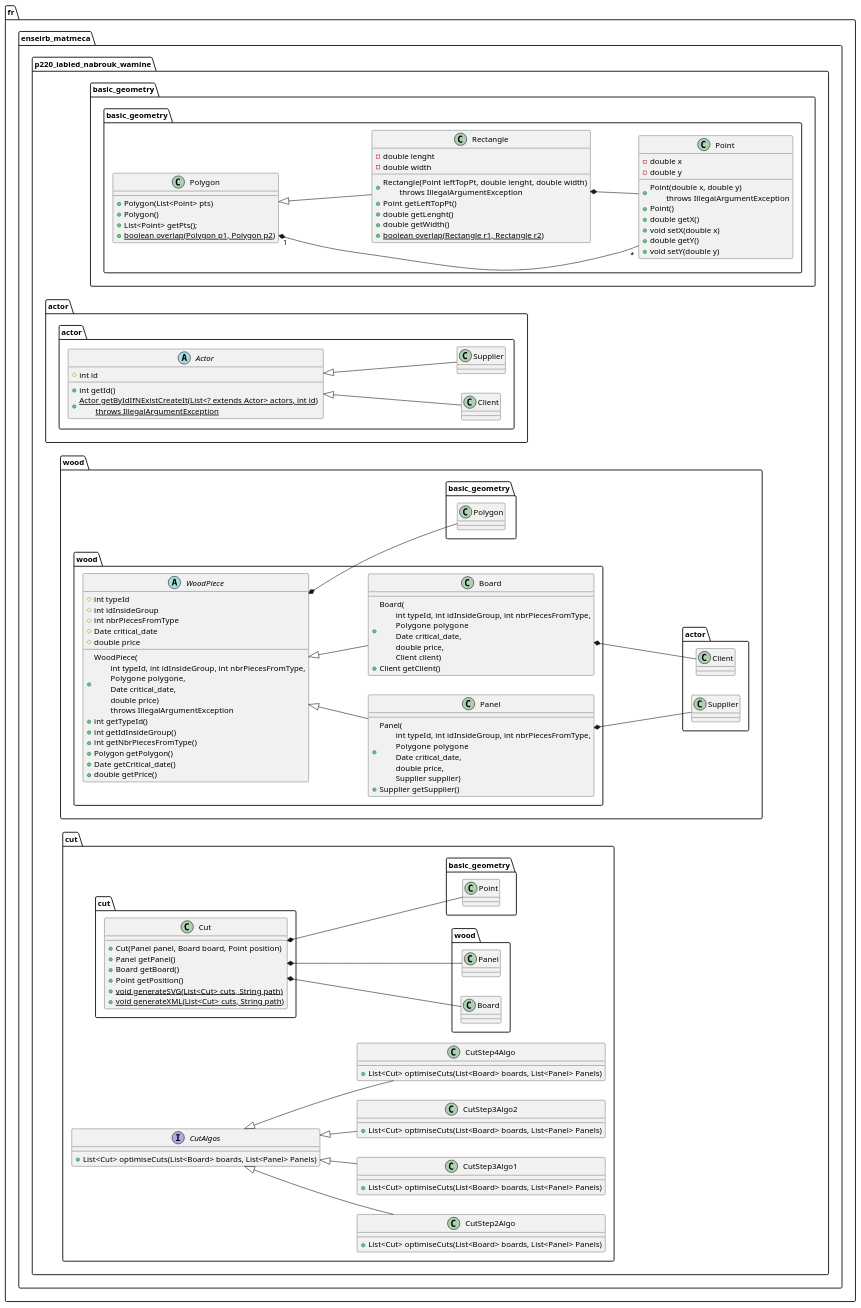
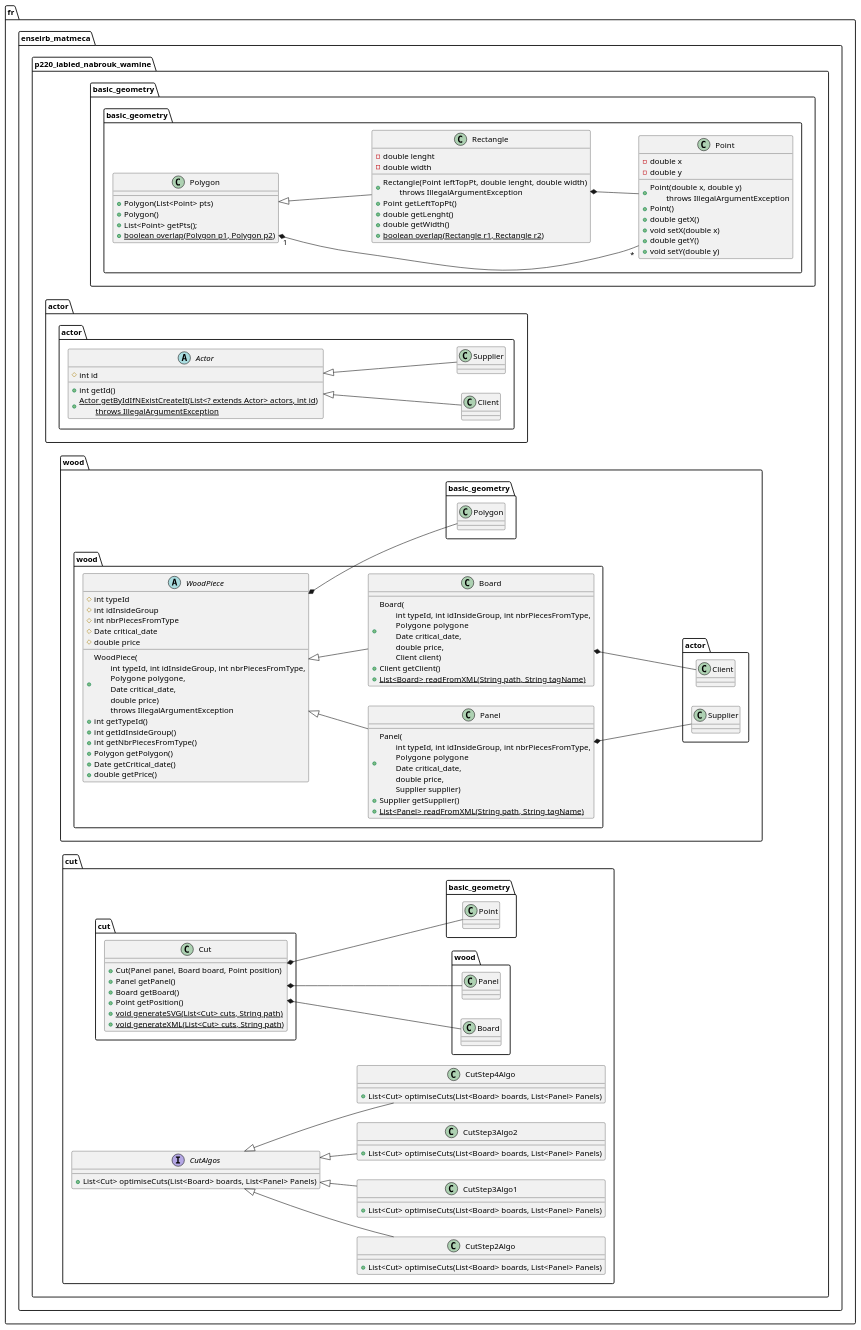
Before and after one commit to ImadABID/WoodCutPlanner: the diagram in uml.wsd, drawn with PlantUML. The commit also changed 6 other files, not shown here.

Commit message:
Adding readXML prototype

```diff
--- a/uml.wsd
+++ b/uml.wsd
@@ -1,156 +1,159 @@
 @startuml uml
 
 left to right direction
 
 package "fr.enseirb_matmeca.p220_iabied_nabrouk_wamine"{
 
     package "basic_geometry"{
 
         class basic_geometry.Point {
 
             - double x
             - double y
 
             + Point(double x, double y)\n\tthrows IllegalArgumentException
             + Point()
             + double getX()
             + void setX(double x)
             + double getY()
             + void setY(double y)
 
         }
 
         class basic_geometry.Polygon {
 
             + Polygon(List<Point> pts)
             + Polygon()
             + List<Point> getPts();
             + {static} boolean overlap(Polygon p1, Polygon p2)
 
         }
         basic_geometry.Polygon "1" *-- "*" basic_geometry.Point
 
         class basic_geometry.Rectangle {
 
             - double lenght
             - double width
             
             + Rectangle(Point leftTopPt, double lenght, double width)\n\tthrows IllegalArgumentException
             + Point getLeftTopPt()
             + double getLenght()
             + double getWidth()
             + {static} boolean overlap(Rectangle r1, Rectangle r2)
         }
         basic_geometry.Rectangle *-- basic_geometry.Point
 
         basic_geometry.Polygon <|-- basic_geometry.Rectangle
 
     }
 
     package "actor"{
 
         abstract class actor.Actor{
             # int id
 
             + int getId()
             + {static} Actor getByIdIfNExistCreateIt(List<? extends Actor> actors, int id) \n\tthrows IllegalArgumentException
         }
 
         class actor.Client{
 
         }
 
         class actor.Supplier{
             
         }
 
         actor.Actor <|-- actor.Client
         actor.Actor <|-- actor.Supplier
 
     }
 
     package "wood"{
 
         abstract class wood.WoodPiece {
 
             # int typeId
             # int idInsideGroup
             # int nbrPiecesFromType
             # Date critical_date
             # double price
 
             + WoodPiece(\n\tint typeId, int idInsideGroup, int nbrPiecesFromType,\n\tPolygone  polygone,\n\tDate critical_date,\n\tdouble price)\n\tthrows IllegalArgumentException
             + int getTypeId()
             + int getIdInsideGroup()
             + int getNbrPiecesFromType()
             + Polygon getPolygon()
             + Date getCritical_date()
             + double getPrice()
 
         }
         wood.WoodPiece *-- basic_geometry.Polygon
 
         class wood.Panel {
             + Panel(\n\tint typeId, int idInsideGroup, int nbrPiecesFromType,\n\tPolygone  polygone\n\tDate critical_date,\n\tdouble price,\n\tSupplier supplier)
             + Supplier getSupplier()
+            + {static} List<Panel> readFromXML(String path, String tagName)
         }
         wood.Panel *-- actor.Supplier
 
         class wood.Board {
             + Board(\n\tint typeId, int idInsideGroup, int nbrPiecesFromType,\n\tPolygone  polygone\n\tDate critical_date,\n\tdouble price,\n\tClient client)
             + Client getClient()
+            + {static} List<Board> readFromXML(String path, String tagName)
+            
         }
         wood.Board *-- actor.Client
 
         wood.WoodPiece <|-- wood.Panel
         wood.WoodPiece <|-- wood.Board
 
     }
 
     package "cut" {
         
         class cut.Cut {
 
             + Cut(Panel panel, Board board, Point position)
             + Panel getPanel()
             + Board getBoard()
             + Point getPosition()
             + {static} void generateSVG(List<Cut> cuts, String path)
             + {static} void generateXML(List<Cut> cuts, String path)
 
         }
         cut.Cut *-- wood.Panel
         cut.Cut *-- wood.Board
         cut.Cut *-- basic_geometry.Point
 
         interface CutAlgos{
             + List<Cut> optimiseCuts(List<Board> boards, List<Panel> Panels)
         }
 
         class CutStep2Algo {
             + List<Cut> optimiseCuts(List<Board> boards, List<Panel> Panels)
         }
 
         class CutStep3Algo1 {
             + List<Cut> optimiseCuts(List<Board> boards, List<Panel> Panels)
         }
 
         class CutStep3Algo2 {
             + List<Cut> optimiseCuts(List<Board> boards, List<Panel> Panels)
         }
 
         class CutStep4Algo {
             + List<Cut> optimiseCuts(List<Board> boards, List<Panel> Panels)
         }
 
         CutAlgos <|-- CutStep2Algo
         CutAlgos <|-- CutStep3Algo1
         CutAlgos <|-- CutStep3Algo2
         CutAlgos <|-- CutStep4Algo
 
     }
 
 }
 
 
 @enduml
```
